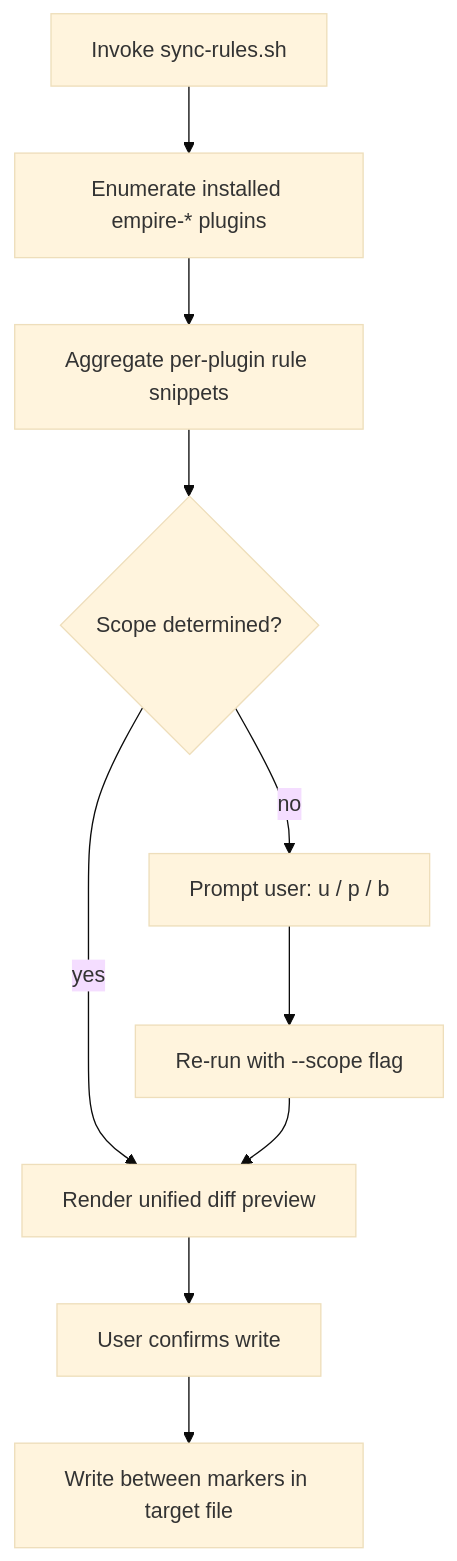
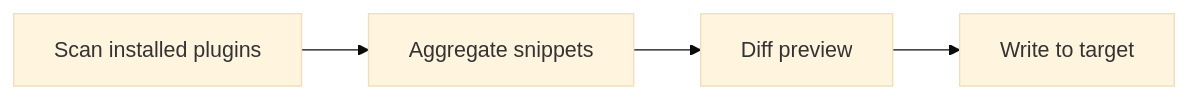
One commit to marcoskichel/elevator-pitch-skill changed the diagram in plugins/empire-rules/README.md. Above: the diagram before and after it, drawn with Mermaid (base theme). The commit also changed 5 other files, not shown here.

First line of the commit message:
docs: simplify per-skill diagrams to horizontal high-level flow

````diff
--- a/plugins/empire-rules/README.md
+++ b/plugins/empire-rules/README.md
@@ -36,12 +36,6 @@
 ```mermaid
-flowchart TD
-  invoke[Invoke sync-rules.sh] --> scan[Enumerate installed empire-* plugins]
-  scan --> agg[Aggregate per-plugin rule snippets]
-  agg --> scope{Scope determined?}
-  scope -- no --> prompt[Prompt user: u / p / b]
-  scope -- yes --> diff[Render unified diff preview]
-  prompt --> rerun[Re-run with --scope flag]
-  rerun --> diff
-  diff --> confirm[User confirms write]
-  confirm --> write[Write between markers in target file]
+flowchart LR
+  scan[Scan installed plugins] --> agg[Aggregate snippets]
+  agg --> diff[Diff preview]
+  diff --> write[Write to target]
 ```
````
